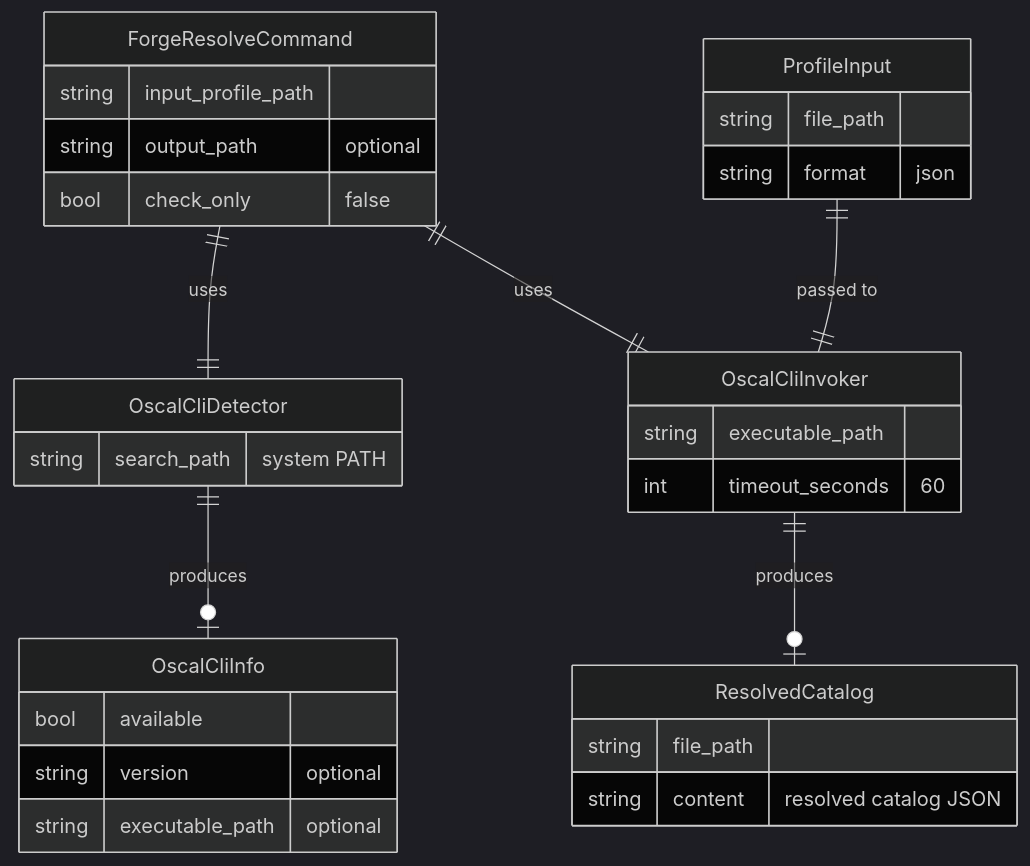
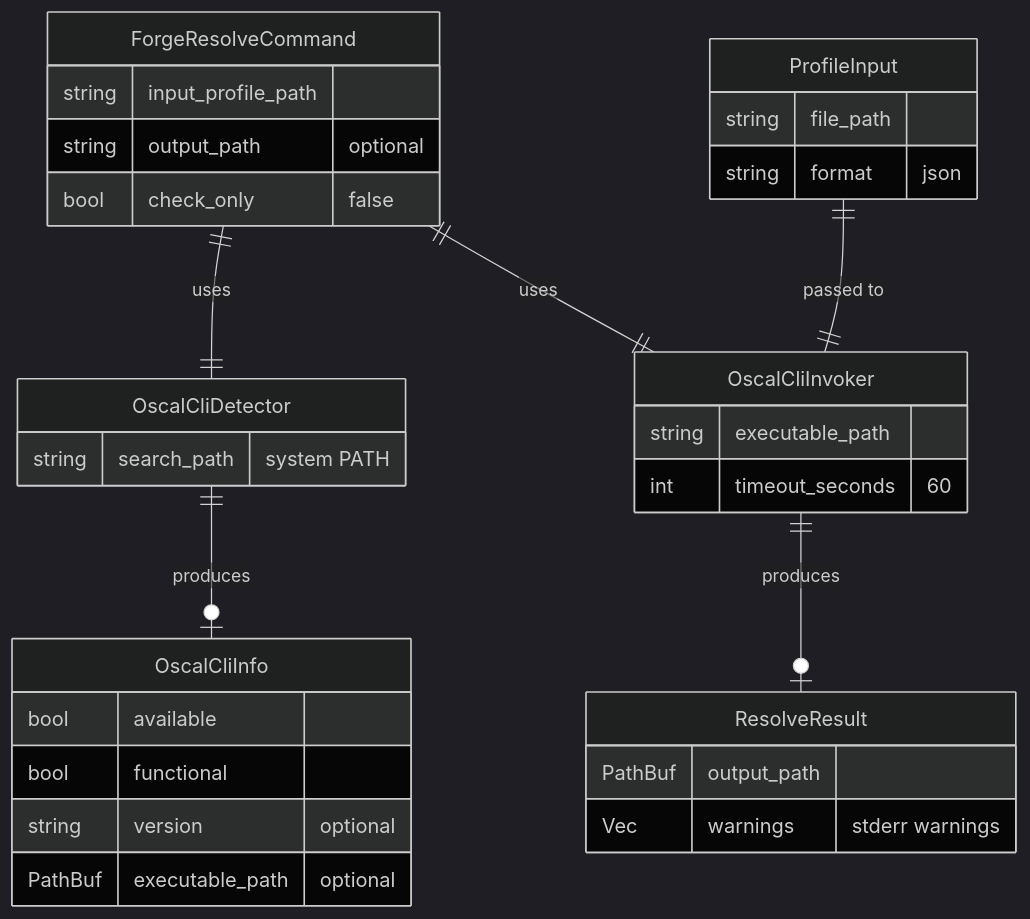
One commit to policy-forge/forge changed the third of 4 diagrams in docs/PRD/036-prd-oscal-cli-profile-resolution.md. Above: the diagram before and after it, drawn with Mermaid (dark theme). The commit also changed other lines of this file and 18 other files, not shown here.

First line of the commit message:
feat: add oscal-cli profile resolution integration (WI-36)

````diff
--- a/docs/PRD/036-prd-oscal-cli-profile-resolution.md
+++ b/docs/PRD/036-prd-oscal-cli-profile-resolution.md
@@ -266,36 +266,37 @@
 ```mermaid
 erDiagram
     ForgeResolveCommand ||--|| OscalCliDetector : uses
     ForgeResolveCommand ||--|| OscalCliInvoker : uses
     OscalCliDetector ||--o| OscalCliInfo : produces
 
     ForgeResolveCommand {
         string input_profile_path
         string output_path "optional"
         bool check_only "false"
     }
     OscalCliDetector {
         string search_path "system PATH"
     }
     OscalCliInfo {
         bool available
+        bool functional
         string version "optional"
-        string executable_path "optional"
+        PathBuf executable_path "optional"
     }
     OscalCliInvoker {
         string executable_path
         int timeout_seconds "60"
     }
 
     ProfileInput ||--|| OscalCliInvoker : "passed to"
-    OscalCliInvoker ||--o| ResolvedCatalog : "produces"
+    OscalCliInvoker ||--o| ResolveResult : "produces"
 
     ProfileInput {
         string file_path
         string format "json"
     }
-    ResolvedCatalog {
-        string file_path
-        string content "resolved catalog JSON"
+    ResolveResult {
+        PathBuf output_path
+        Vec warnings "stderr warnings"
     }
 ```
````
